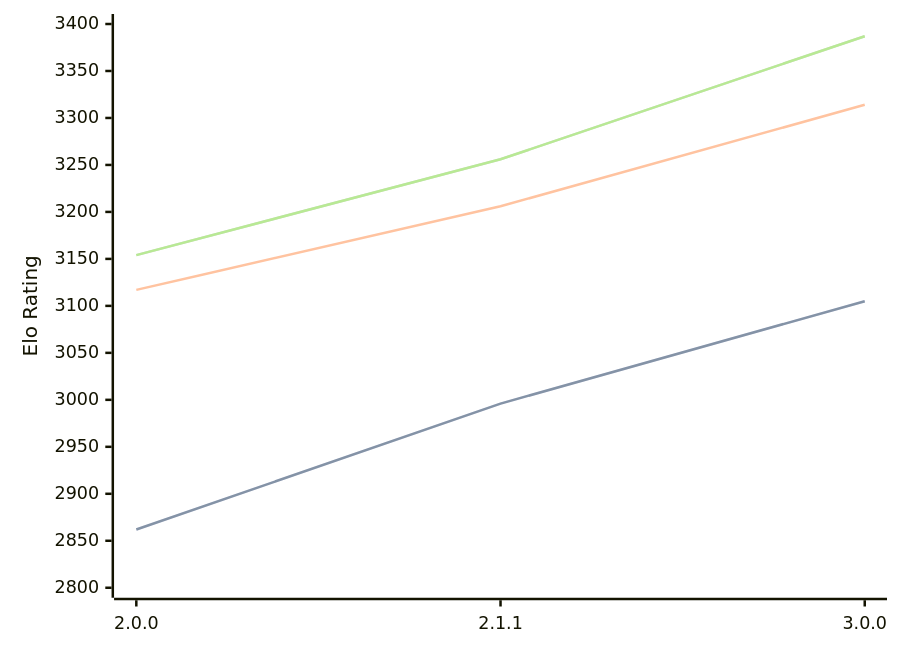
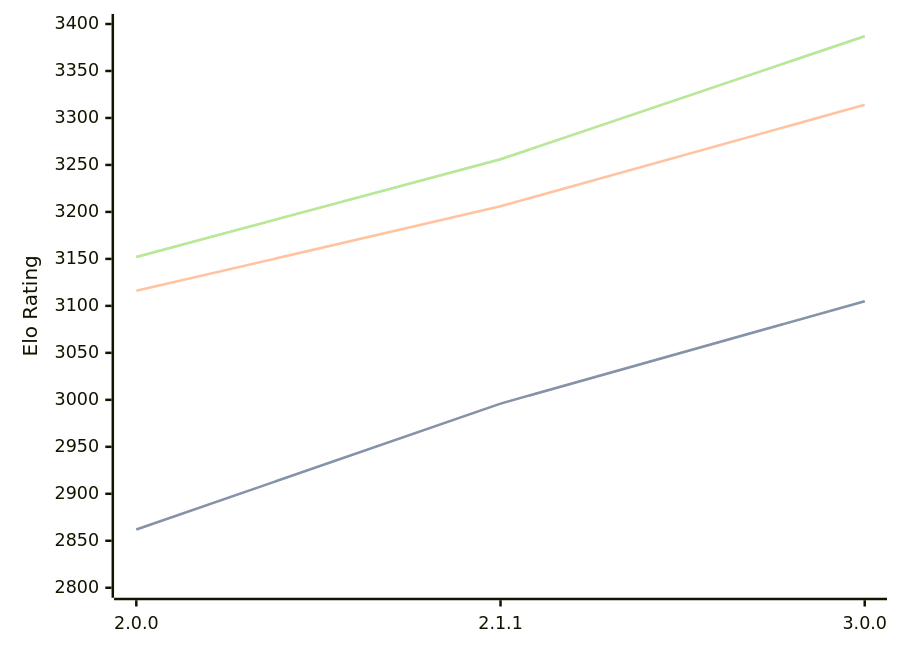
One commit to computer-chess-index/cci changed the diagram in engines/Bread.md. Above: the diagram before and after it, drawn with Mermaid. The commit also changed other lines of this file, not shown here.

Commit message:
Update CCI Ratings (ELO VLTC) - 2026-09-03

````diff
--- a/engines/Bread.md
+++ b/engines/Bread.md
@@ -36,11 +36,11 @@
 ```mermaid
 %%{init: {"theme":"base","themeVariables":{"seriesColors:['#a3a3a3','#222221','#faa371']}}}%%
 xychart-beta
   x-axis ["2.0.0", "2.1.1", "3.0.0"]
   y-axis "Elo Rating" 2800 --> 3400
   line "" [2862, 2996, 3105]
   line "STC (8.0+0.08s)" [2862, 2996, 3105]
-  line "LTC (60.0+0.60s)" [3117, 3206, 3314]
-  line "" [3154, 3256, 3387]
-  line "VLTC (2m24s+1.12s)" [3154, 3256, 3387]
+  line "LTC (60.0+0.60s)" [3116, 3206, 3314]
+  line "" [3152, 3256, 3387]
+  line "VLTC (2m24s+1.12s)" [3152, 3256, 3387]
 ```
````
